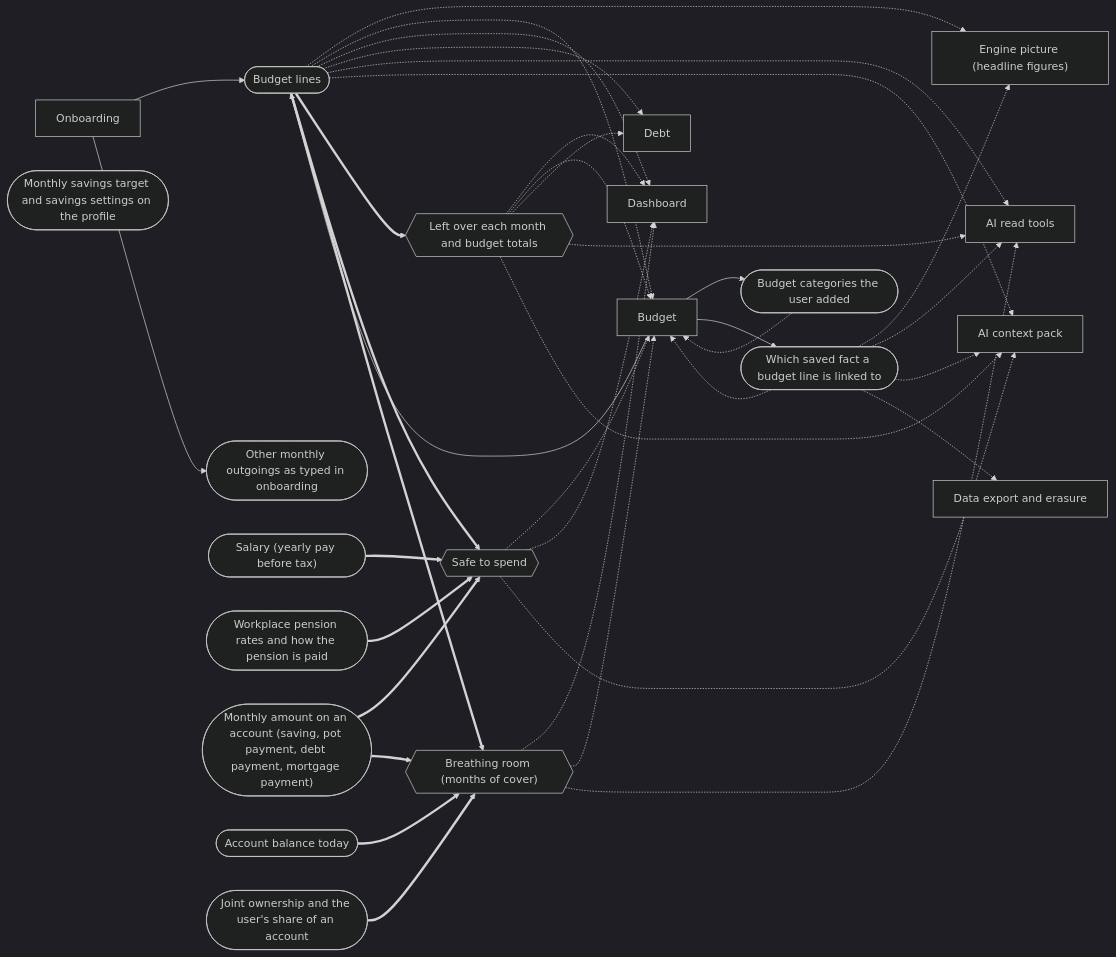
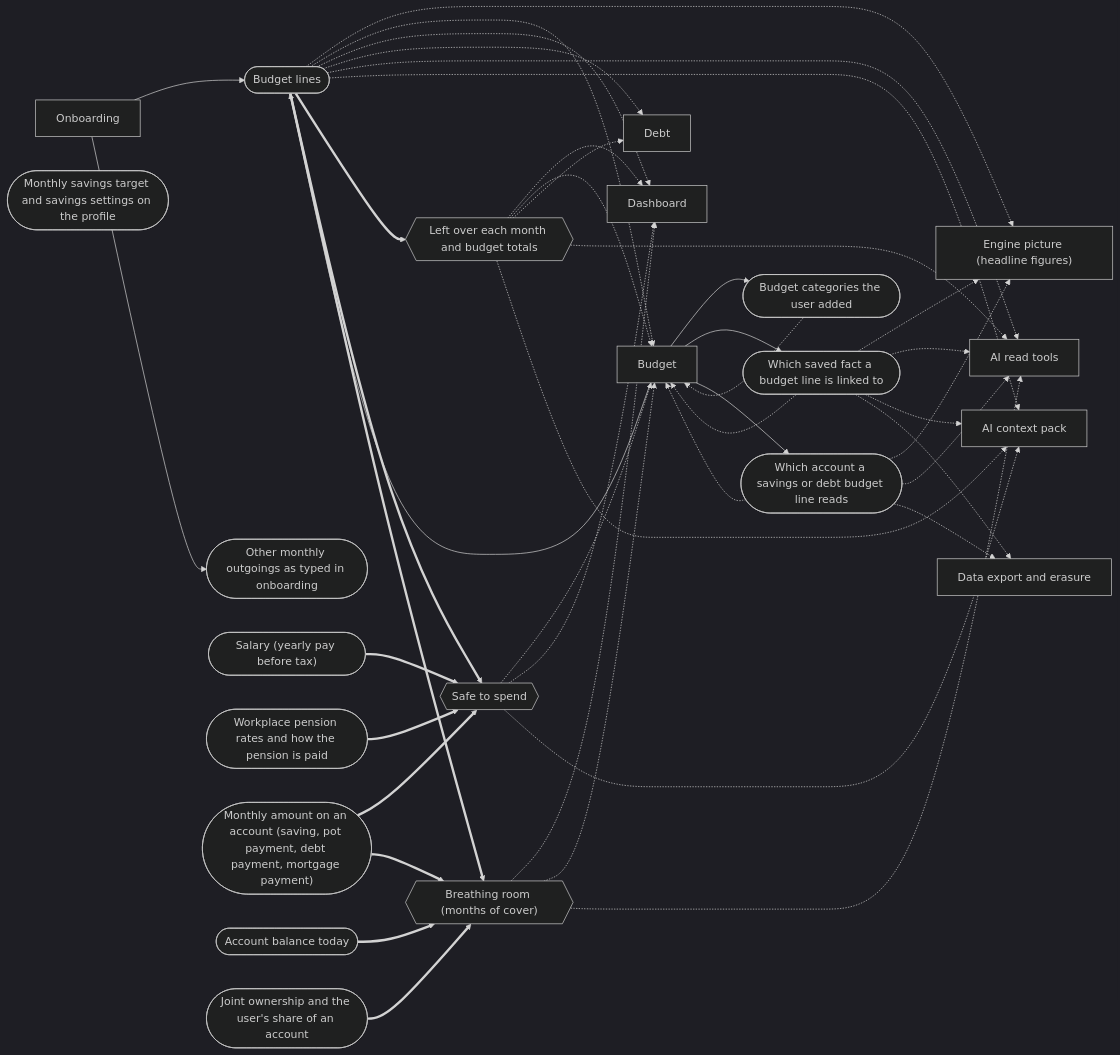
The fifth of 7 diagrams in docs/system/generated/connections.md (mgallagher56/flump), drawn with Mermaid (dark theme) before and after one commit. The commit also changed 33 other files, not shown here.

First line of the commit message:
feat(budget): link budget lines to accounts on the Budget page and in the wizard (audit slice 5)

````diff
--- a/docs/system/generated/connections.md
+++ b/docs/system/generated/connections.md
@@ -407,61 +407,67 @@
 ```mermaid
 flowchart LR
   s_onboarding["Onboarding"]
   s_dashboard["Dashboard"]
   s_budget["Budget"]
   s_debt["Debt"]
   s_picture["Engine picture (headline figures)"]
   s_mcp_read["AI read tools"]
   s_context_pack["AI context pack"]
   s_export["Data export and erasure"]
   f_custom_budget_categories(["Budget categories the user added"])
   s_budget --> f_custom_budget_categories
   f_custom_budget_categories -.-> s_budget
   f_budget_entries(["Budget lines"])
   s_budget --> f_budget_entries
   s_onboarding --> f_budget_entries
   f_budget_entries -.-> s_picture
   f_budget_entries -.-> s_budget
   f_budget_entries -.-> s_dashboard
   f_budget_entries -.-> s_debt
   f_budget_entries -.-> s_mcp_read
   f_budget_entries -.-> s_context_pack
   f_budget_entry_link_kind(["Which saved fact a budget line is linked to"])
   s_budget --> f_budget_entry_link_kind
   f_budget_entry_link_kind -.-> s_picture
   f_budget_entry_link_kind -.-> s_budget
   f_budget_entry_link_kind -.-> s_mcp_read
   f_budget_entry_link_kind -.-> s_context_pack
   f_budget_entry_link_kind -.-> s_export
+  f_budget_entry_link_account(["Which account a savings or debt budget line reads"])
+  s_budget --> f_budget_entry_link_account
+  f_budget_entry_link_account -.-> s_picture
+  f_budget_entry_link_account -.-> s_budget
+  f_budget_entry_link_account -.-> s_mcp_read
+  f_budget_entry_link_account -.-> s_export
   f_other_outgoings(["Other monthly outgoings as typed in onboarding"])
   s_onboarding --> f_other_outgoings
   f_savings_settings(["Monthly savings target and savings settings on the profile"])
   g_left_over{{"Left over each month and budget totals"}}
   f_budget_entries ==> g_left_over
   g_left_over -.-> s_dashboard
   g_left_over -.-> s_budget
   g_left_over -.-> s_debt
   g_left_over -.-> s_mcp_read
   g_left_over -.-> s_context_pack
   g_safe_to_spend{{"Safe to spend"}}
   f_salary(["Salary (yearly pay before tax)"])
   f_salary ==> g_safe_to_spend
   f_pension_rates(["Workplace pension rates and how the pension is paid"])
   f_pension_rates ==> g_safe_to_spend
   f_budget_entries ==> g_safe_to_spend
   f_account_monthly_amount(["Monthly amount on an account (saving, pot payment, debt payment, mortgage payment)"])
   f_account_monthly_amount ==> g_safe_to_spend
   g_safe_to_spend -.-> s_budget
   g_safe_to_spend -.-> s_dashboard
   g_safe_to_spend -.-> s_context_pack
   g_months_of_cover{{"Breathing room (months of cover)"}}
   f_budget_entries ==> g_months_of_cover
   f_account_balance(["Account balance today"])
   f_account_balance ==> g_months_of_cover
   f_account_monthly_amount ==> g_months_of_cover
   f_ownership_share(["Joint ownership and the user's share of an account"])
   f_ownership_share ==> g_months_of_cover
   g_months_of_cover -.-> s_dashboard
   g_months_of_cover -.-> s_budget
   g_months_of_cover -.-> s_mcp_read
 ```
````
